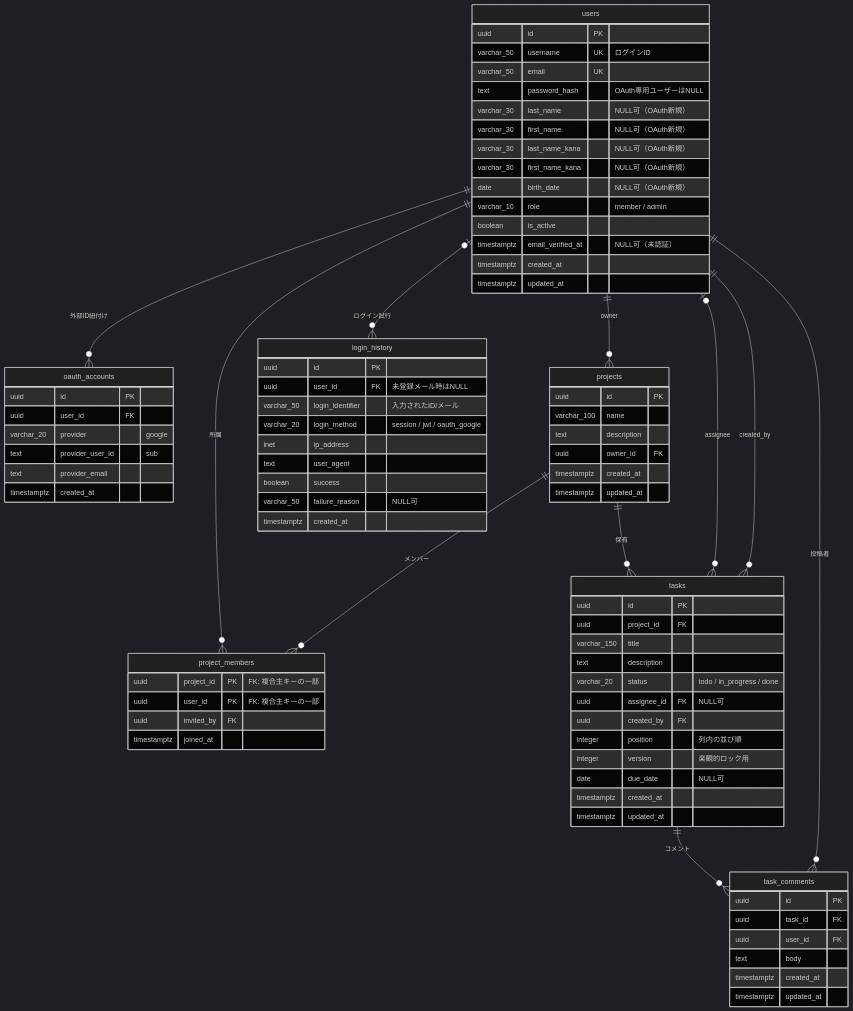
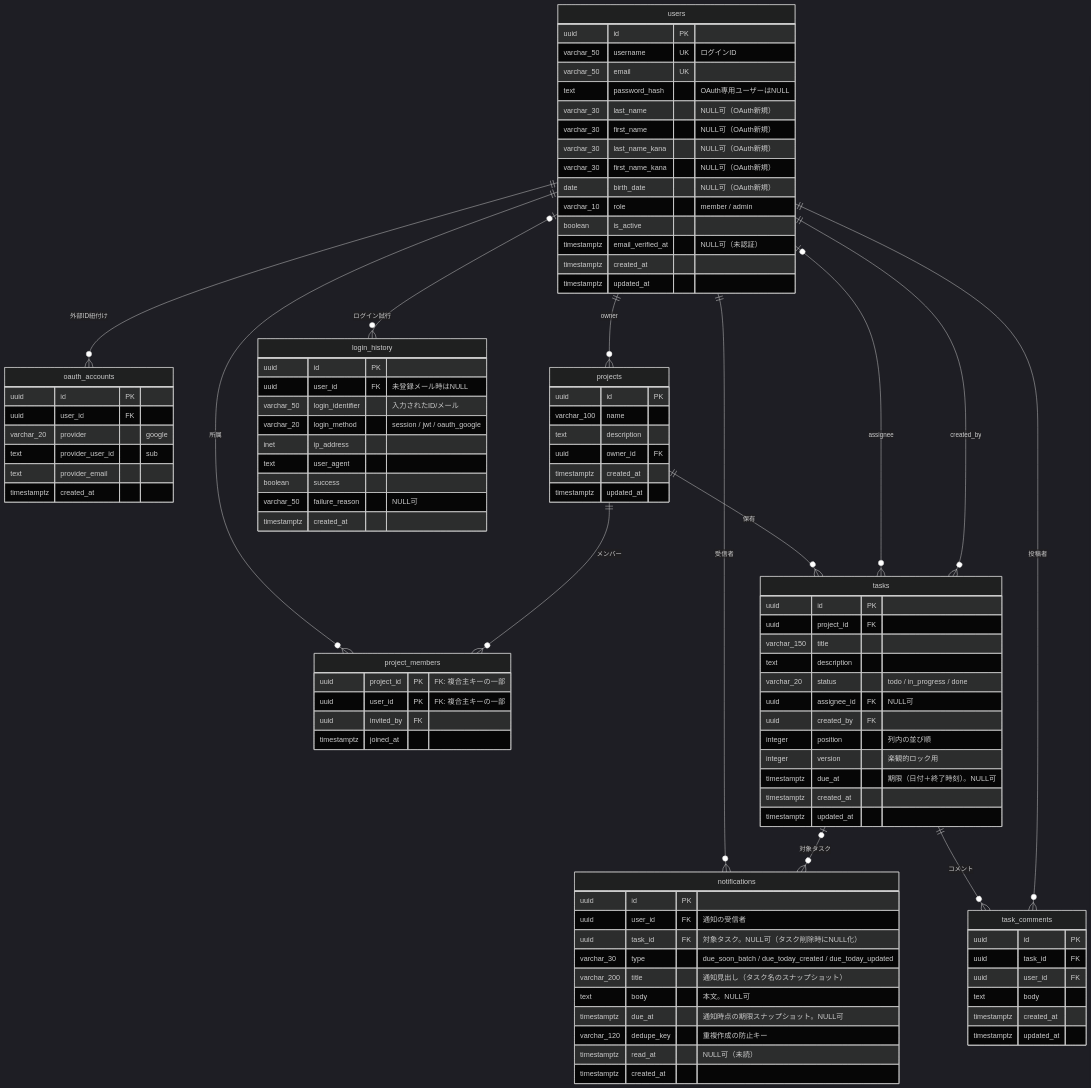
The first of 6 diagrams in basic_design/01_database.md (oikawa-d/task_management), drawn with Mermaid (dark theme) before and after one commit. The commit also changed other lines of this file and 6 other files, not shown here.

````diff
--- a/basic_design/01_database.md
+++ b/basic_design/01_database.md
@@ -30,6 +30,8 @@
     tasks ||--o{ task_comments : "コメント"
     users ||--o{ task_comments : "投稿者"
     users |o--o{ login_history : "ログイン試行"
+    users ||--o{ notifications : "受信者"
+    tasks |o--o{ notifications : "対象タスク"
 
     users {
         uuid id PK
@@ -79,7 +81,7 @@
         uuid created_by FK
         integer position "列内の並び順"
         integer version "楽観的ロック用"
-        date due_date "NULL可"
+        timestamptz due_at "期限（日付＋終了時刻）。NULL可"
         timestamptz created_at
         timestamptz updated_at
     }
@@ -102,4 +104,16 @@
         varchar_50 failure_reason "NULL可"
         timestamptz created_at
     }
+    notifications {
+        uuid id PK
+        uuid user_id FK "通知の受信者"
+        uuid task_id FK "対象タスク。NULL可（タスク削除時にNULL化）"
+        varchar_30 type "due_soon_batch / due_today_created / due_today_updated"
+        varchar_200 title "通知見出し（タスク名のスナップショット）"
+        text body "本文。NULL可"
+        timestamptz due_at "通知時点の期限スナップショット。NULL可"
+        varchar_120 dedupe_key "重複作成の防止キー"
+        timestamptz read_at "NULL可（未読）"
+        timestamptz created_at
+    }
 ```
````
